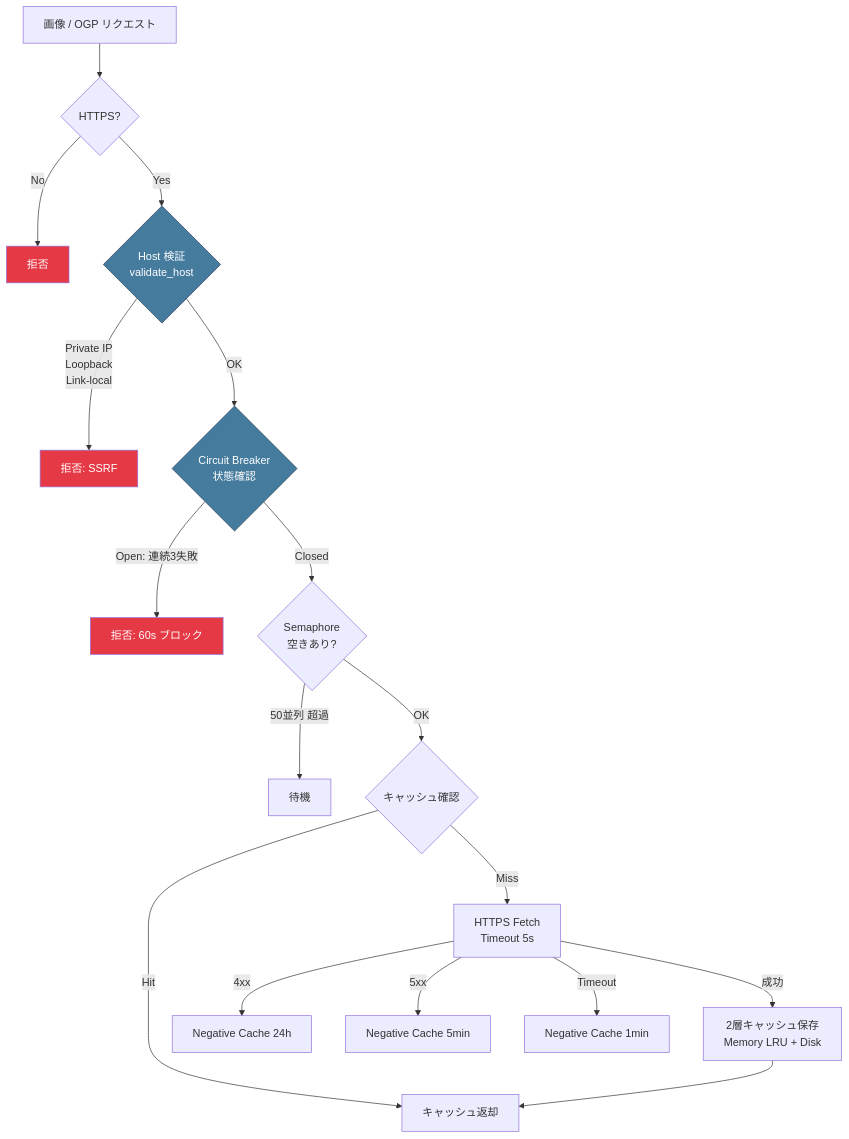
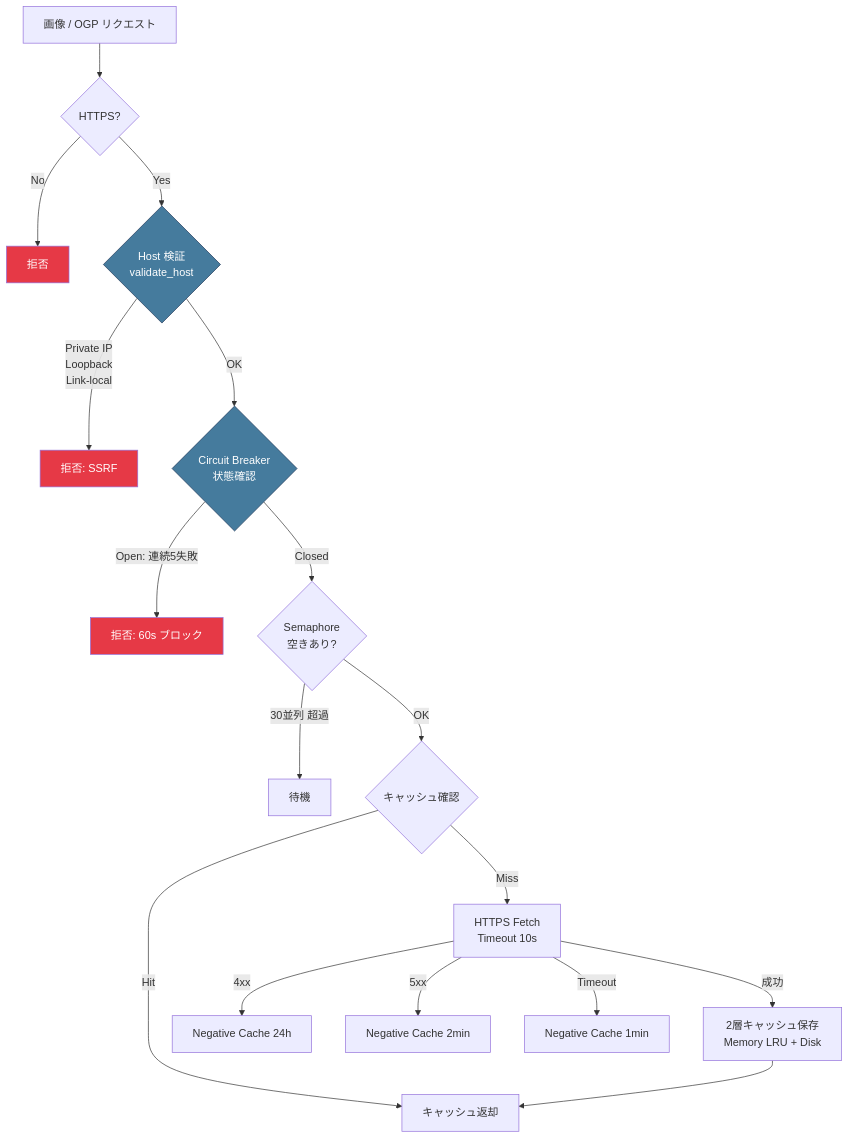
The fourth of 6 diagrams in SECURITY.md (hitalin/notedeck), drawn with Mermaid before and after one commit. The commit also changed other lines of this file and 5 other files, not shown here.

````diff
--- a/SECURITY.md
+++ b/SECURITY.md
@@ -306,27 +306,27 @@
 ```mermaid
 flowchart TB
     REQ["画像 / OGP リクエスト"]
 
     REQ --> PROTO{"HTTPS?"}
     PROTO -->|No| REJECT1[拒否]
     PROTO -->|Yes| HOST{"Host 検証<br/>validate_host"}
     HOST -->|"Private IP<br/>Loopback<br/>Link-local"| REJECT2[拒否: SSRF]
     HOST -->|OK| CB{"Circuit Breaker<br/>状態確認"}
-    CB -->|Open: 連続3失敗| REJECT3["拒否: 60s ブロック"]
+    CB -->|Open: 連続5失敗| REJECT3["拒否: 60s ブロック"]
     CB -->|Closed| SEM{"Semaphore<br/>空きあり?"}
-    SEM -->|"50並列 超過"| QUEUE[待機]
+    SEM -->|"30並列 超過"| QUEUE[待機]
     SEM -->|OK| CACHE{"キャッシュ確認"}
     CACHE -->|Hit| RETURN["キャッシュ返却"]
-    CACHE -->|Miss| FETCH["HTTPS Fetch<br/>Timeout 5s"]
+    CACHE -->|Miss| FETCH["HTTPS Fetch<br/>Timeout 10s"]
     FETCH -->|成功| STORE["2層キャッシュ保存<br/>Memory LRU + Disk"]
     FETCH -->|"4xx"| NEG4["Negative Cache 24h"]
-    FETCH -->|"5xx"| NEG5["Negative Cache 5min"]
+    FETCH -->|"5xx"| NEG5["Negative Cache 2min"]
     FETCH -->|Timeout| NEGT["Negative Cache 1min"]
     STORE --> RETURN
 
     style REJECT1 fill:#e63946,color:#fff
     style REJECT2 fill:#e63946,color:#fff
     style REJECT3 fill:#e63946,color:#fff
     style CB fill:#457b9d,stroke:#1d3557,color:#fff
     style HOST fill:#457b9d,stroke:#1d3557,color:#fff
 ```
````
